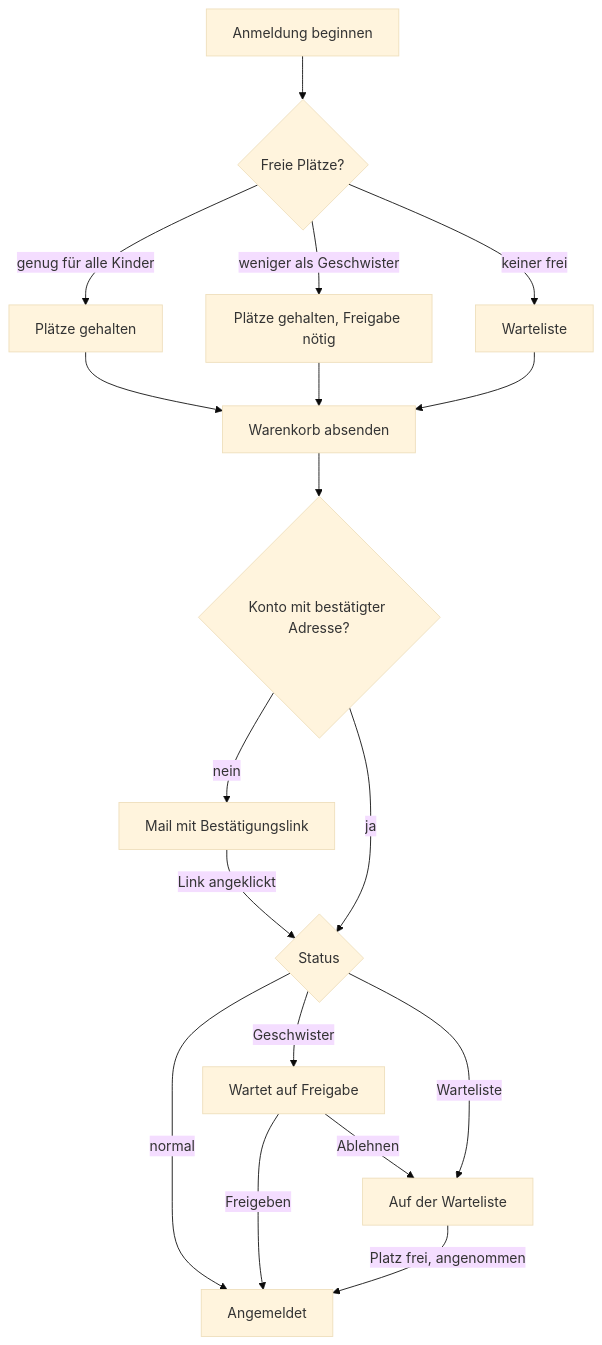
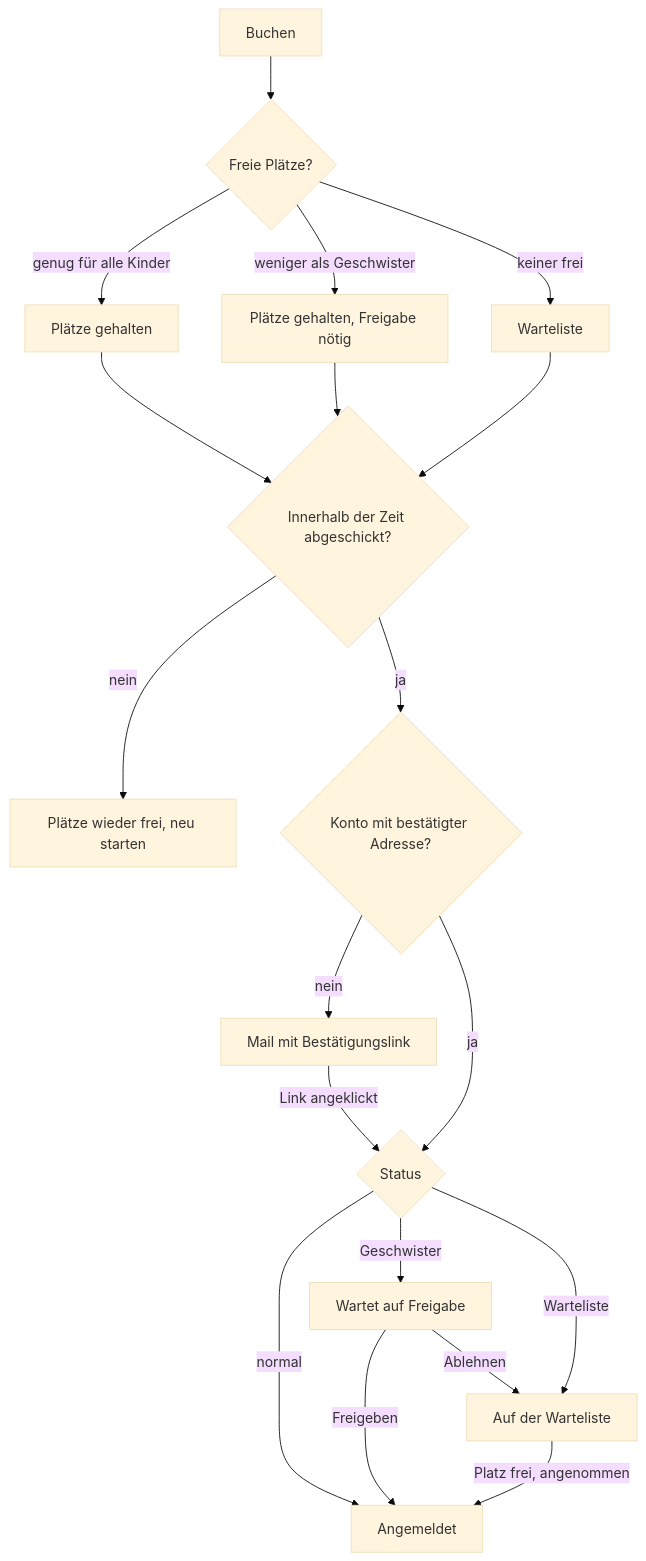
The diagram in DOKUMENTATION.md (Z-Lab-Bruchsal/cockpit), drawn with Mermaid (base theme) before and after one commit. The commit also changed other lines of this file and 60 other files, not shown here.

````diff
--- a/DOKUMENTATION.md
+++ b/DOKUMENTATION.md
@@ -70,20 +73,21 @@
 ```mermaid
 flowchart TD
-    A[Anmeldung beginnen] --> B{Freie Plätze?}
+    A[Buchen] --> B{Freie Plätze?}
     B -- genug für alle Kinder --> C[Plätze gehalten]
     B -- weniger als Geschwister --> D[Plätze gehalten, Freigabe nötig]
     B -- keiner frei --> E[Warteliste]
-    C --> F[Warenkorb absenden]
+    C --> F{Innerhalb der Zeit abgeschickt?}
     D --> F
     E --> F
-    F --> G{Konto mit bestätigter Adresse?}
+    F -- nein --> X[Plätze wieder frei, neu starten]
+    F -- ja --> G{Konto mit bestätigter Adresse?}
     G -- nein --> H[Mail mit Bestätigungslink]
     H -- Link angeklickt --> I{Status}
     G -- ja --> I
     I -- normal --> J[Angemeldet]
     I -- Geschwister --> K[Wartet auf Freigabe]
     I -- Warteliste --> L[Auf der Warteliste]
     K -- Freigeben --> J
     K -- Ablehnen --> L
     L -- Platz frei, angenommen --> J
 ```
````
